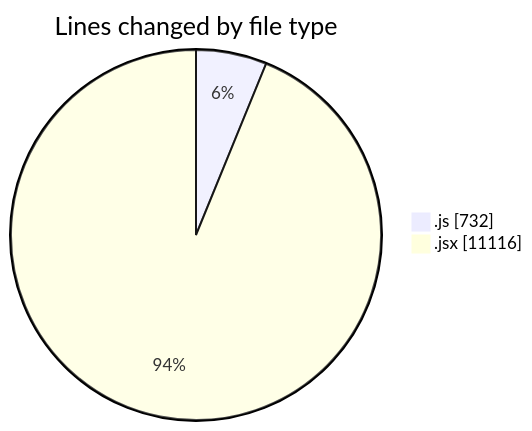
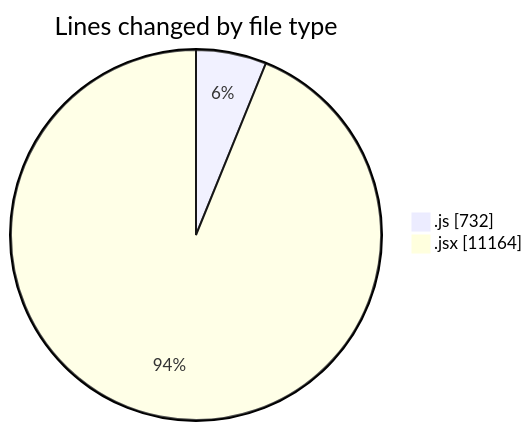
Before and after one commit to nxtqubesakshisongat/code-tracking: the first of 2 diagrams in 2025-07-28/nxtqube_webapp/README.md, drawn with Mermaid. The commit also changed other lines of this file and 1 other file, not shown here.

````diff
--- a/2025-07-28/nxtqube_webapp/README.md
+++ b/2025-07-28/nxtqube_webapp/README.md
@@ -47,6 +47,6 @@
 ```mermaid
 pie showData
 title Lines changed by file type
 ".js" : 732
-".jsx" : 11116
+".jsx" : 11164
 ```
````
